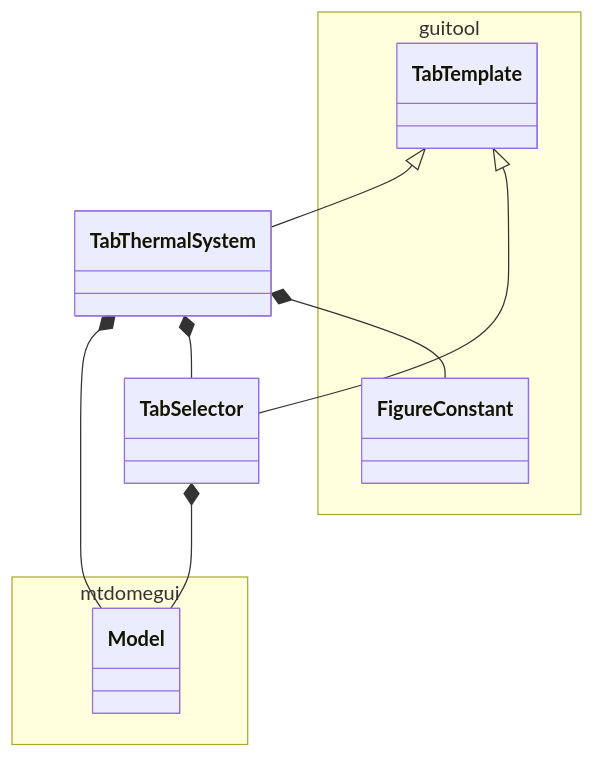
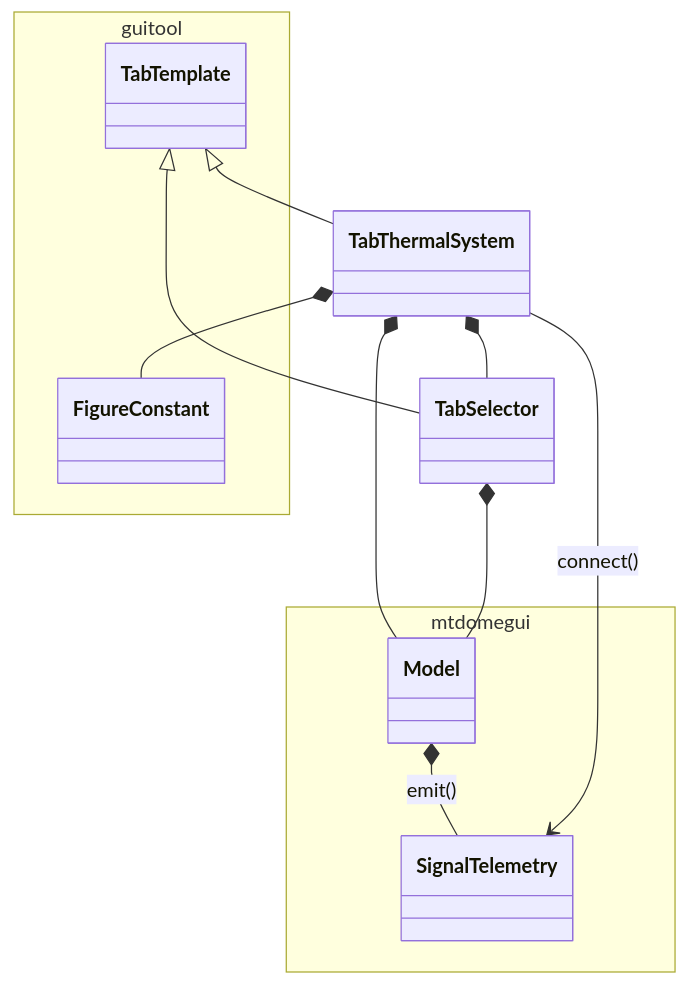
The diagram in doc/uml/tab/class_tab_thermal_system.mmd (lsst-ts/ts_mtdomegui), drawn with Mermaid before and after one commit. The commit also changed 11 other files, not shown here.

```diff
--- a/doc/uml/tab/class_tab_thermal_system.mmd
+++ b/doc/uml/tab/class_tab_thermal_system.mmd
@@ -1,19 +1,23 @@
 classDiagram
 
 namespace guitool {
   class TabTemplate
   class FigureConstant
 }
 
 namespace mtdomegui {
   class Model
+  class SignalTelemetry
 }
+
+Model *-- SignalTelemetry : emit()
 
 TabTemplate <|-- TabThermalSystem
 TabTemplate <|-- TabSelector
 
 TabThermalSystem *-- Model
 TabThermalSystem *-- TabSelector
 TabThermalSystem *-- FigureConstant
+TabThermalSystem --> SignalTelemetry : connect()
 
 TabSelector *-- Model
```
